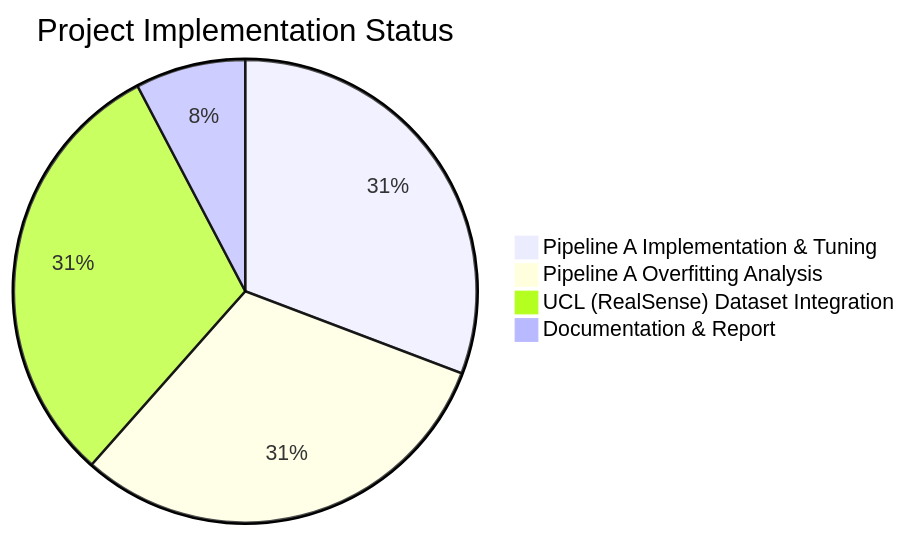
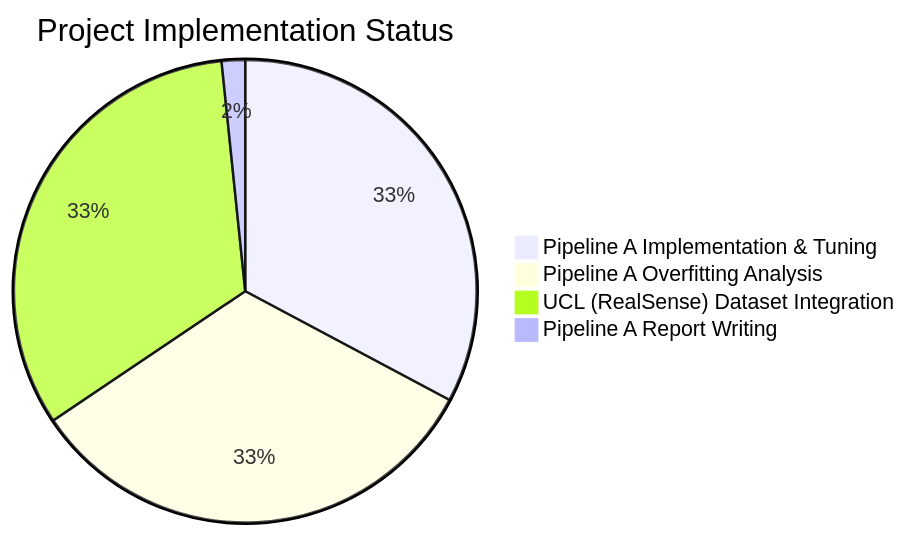
Before and after one commit to KaleLjl/Coursework-2-COMP0248: the diagram in memory-bank/progress.md, drawn with Mermaid. The commit also changed other lines of this file and 11 other files, not shown here.

````diff
--- a/memory-bank/progress.md
+++ b/memory-bank/progress.md
@@ -7,7 +7,7 @@
 ```mermaid
 pie title Project Implementation Status
     "Pipeline A Implementation & Tuning" : 100
     "Pipeline A Overfitting Analysis" : 100
     "UCL (RealSense) Dataset Integration" : 100
-    "Documentation & Report" : 25
+    "Pipeline A Report Writing" : 5
 ```
````
